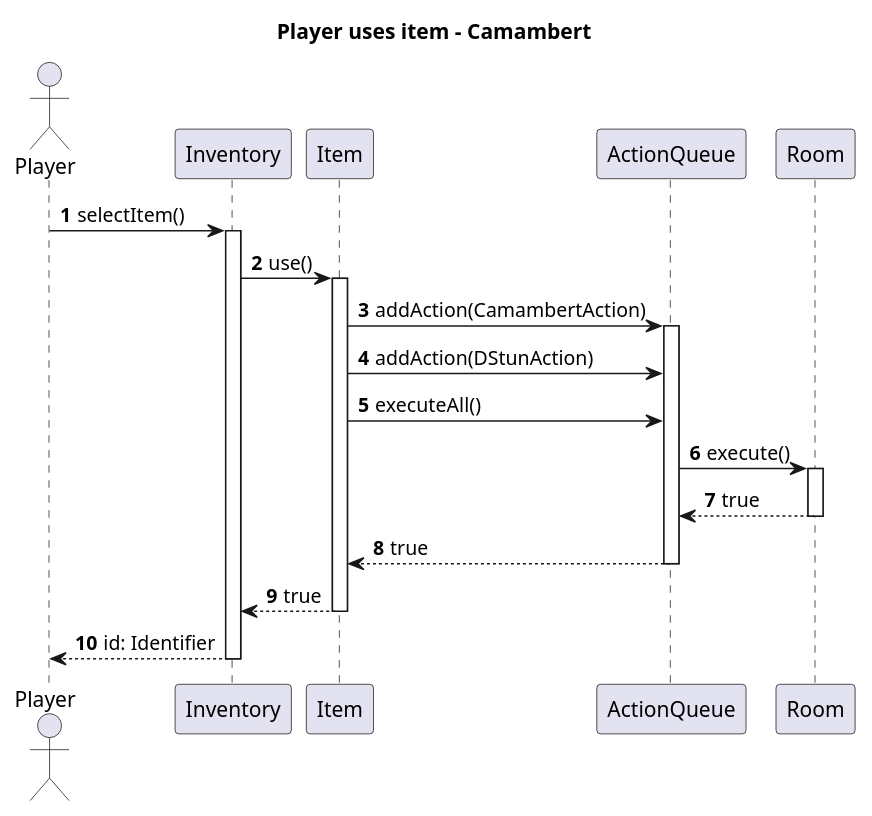
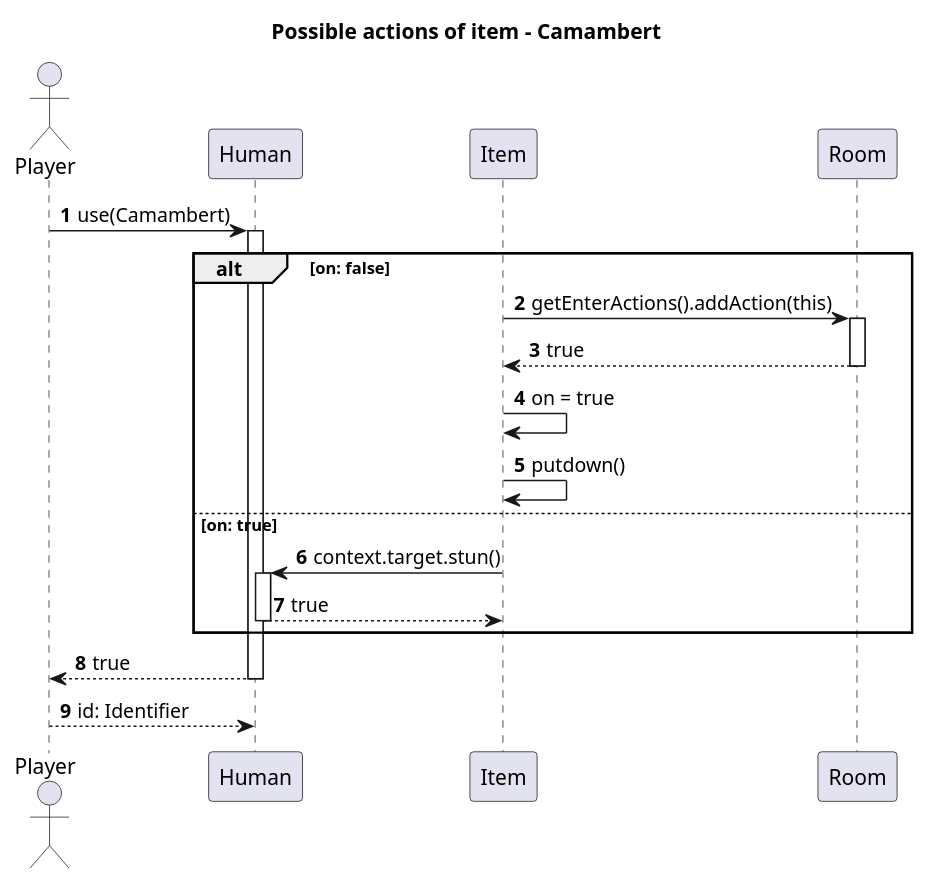
The diagram in resources/sequence_diagrams/item/itemUse/itemUse_camambert.puml (MysticMazeEducators/.github), drawn with PlantUML before and after one commit. The commit also changed 3 other files, not shown here.

```diff
--- a/resources/sequence_diagrams/item/itemUse/itemUse_camambert.puml
+++ b/resources/sequence_diagrams/item/itemUse/itemUse_camambert.puml
@@ -1,33 +1,31 @@
 @startuml
 'https://plantuml.com/sequence-diagram
 
-title Player uses item - Camambert
+title Possible actions of item - Camambert
 autonumber
 
 Actor Player as p
-participant Inventory as inv
-participant Item as item
-participant ActionQueue as aq
-participant Room
+participant Human as h
+participant Item as i
+participant Room as r
 
-p -> inv: selectItem()
-activate inv
+p -> h: use(Camambert)
+activate h
 
-inv -> item: use()
-activate item
+alt on: false
+i -> r: getEnterActions().addAction(this)
+activate r
+return true
+i -> i: on = true
+i -> i: putdown()
+else on: true
+i -> h: context.target.stun()
+activate h
+return true
+end
 
-item -> aq: addAction(CamambertAction)
-activate aq
-item -> aq: addAction(DStunAction)
-item -> aq: executeAll()
-
-aq -> Room: execute()
-activate Room
-
-return true
-return true
 return true
 return id: Identifier
 
 
 @enduml
```
